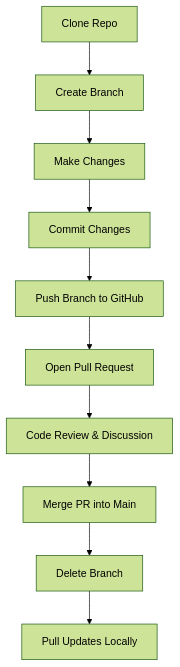
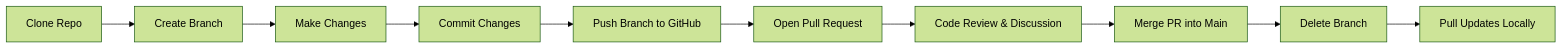
The diagram in 1_Foundation/02_GIT/6_colloboration_using_git.md (Raman7072/d_engineering), drawn with Mermaid (forest theme) before and after one commit. The commit also changed other lines of this file, not shown here.

````diff
--- a/1_Foundation/02_GIT/6_colloboration_using_git.md
+++ b/1_Foundation/02_GIT/6_colloboration_using_git.md
@@ -97,12 +97,12 @@
 ```mermaid
-flowchart TD
+flowchart LR
     A[Clone Repo] --> B[Create Branch]
     B --> C[Make Changes]
     C --> D[Commit Changes]
     D --> E[Push Branch to GitHub]
     E --> F[Open Pull Request]
     F --> G[Code Review & Discussion]
     G --> H[Merge PR into Main]
     H --> I[Delete Branch]
     I --> J[Pull Updates Locally]
 ```
````
